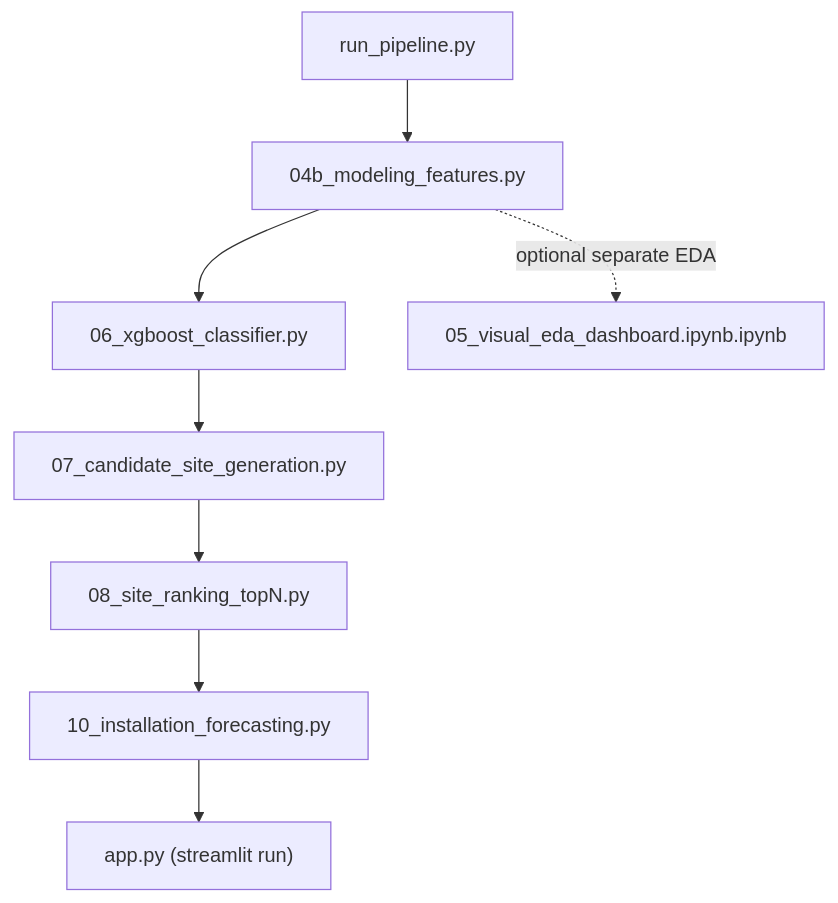
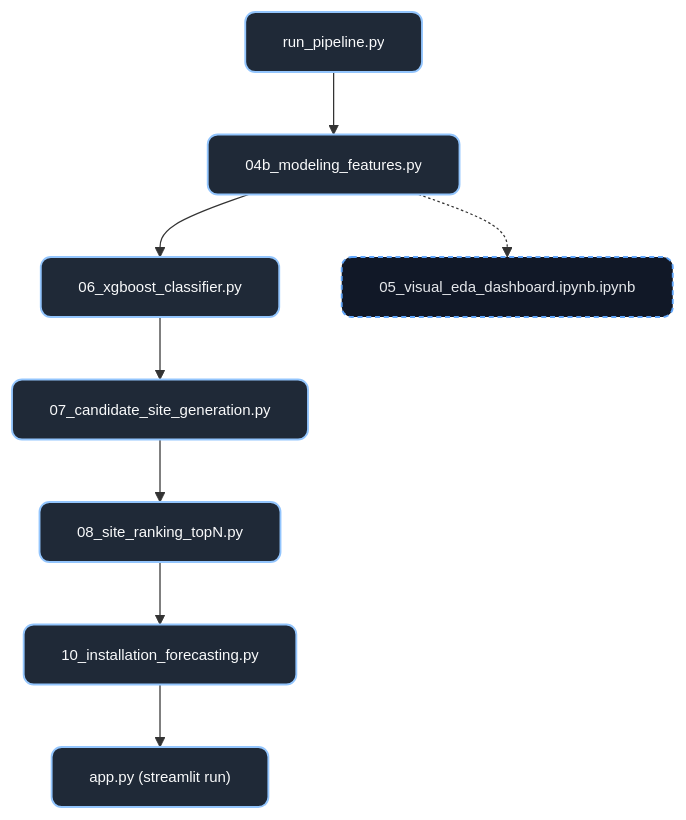
Before and after one commit to ev-grid-analytics/ev-charging-analysis: the second of 4 diagrams in README.md, drawn with Mermaid. The commit also changed other lines of this file and 1 other file, not shown here.

Commit message:
polish diagram readability and add inference metric context

````diff
--- a/README.md
+++ b/README.md
@@ -76,11 +79,17 @@
 ```mermaid
 flowchart TD
+  classDef node fill:#1f2937,stroke:#93c5fd,color:#f9fafb,stroke-width:1.5px,rx:8,ry:8,font-size:12px;
+  classDef notebook fill:#111827,stroke:#60a5fa,color:#e5e7eb,stroke-width:1.5px,stroke-dasharray: 4 3,rx:8,ry:8,font-size:12px;
+
   A["run_pipeline.py"] --> B["04b_modeling_features.py"]
   B --> C["06_xgboost_classifier.py"]
   C --> D["07_candidate_site_generation.py"]
   D --> E["08_site_ranking_topN.py"]
   E --> F["10_installation_forecasting.py"]
   F --> G["app.py (streamlit run)"]
 
-  B -. optional separate EDA .-> H["05_visual_eda_dashboard.ipynb.ipynb"]
+  B -.-> H["05_visual_eda_dashboard.ipynb.ipynb"]
+
+  class A,B,C,D,E,F,G node
+  class H notebook
 ```
````
